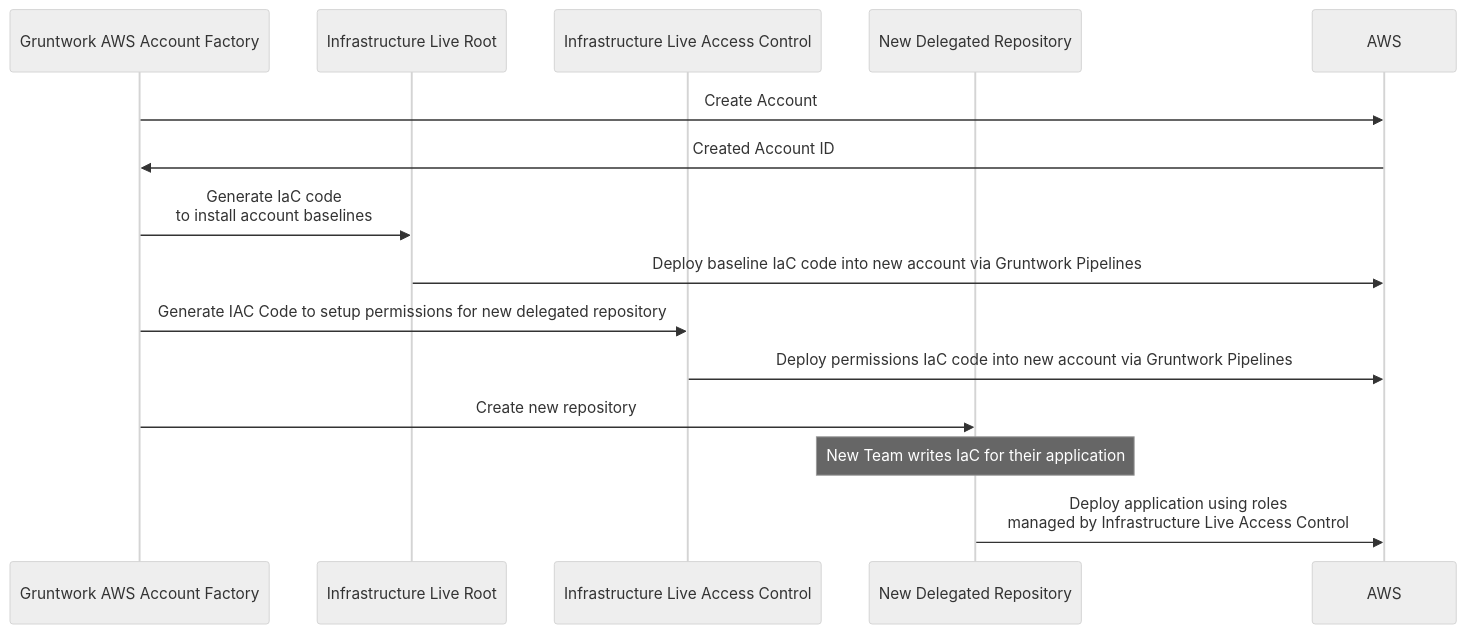
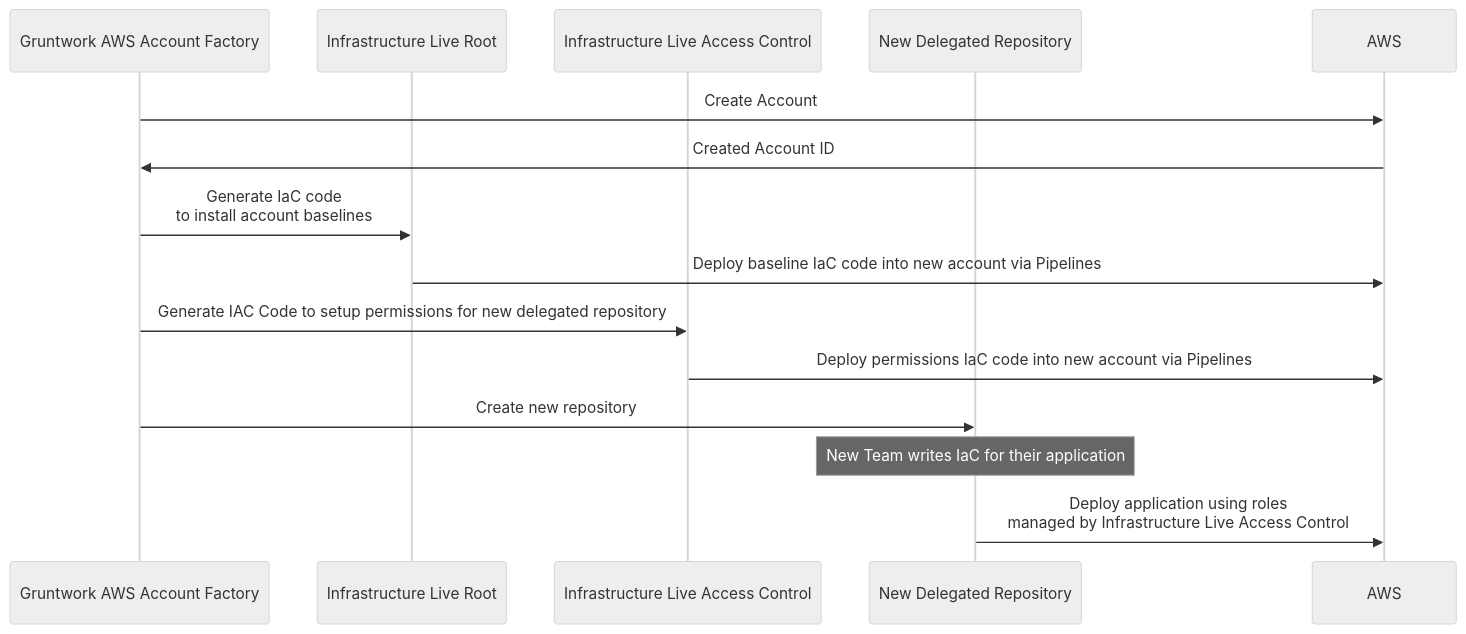
One commit to gruntwork-io/docs changed the diagram in docs/2.0/docs/accountfactory/concepts/delegated-repositories.md. Above: the diagram before and after it, drawn with Mermaid (neutral theme). The commit also changed other lines of this file and 72 other files, not shown here.

````diff
--- a/docs/2.0/docs/accountfactory/concepts/delegated-repositories.md
+++ b/docs/2.0/docs/accountfactory/concepts/delegated-repositories.md
@@ -30,18 +30,18 @@
 ```mermaid
 sequenceDiagram
   participant Gruntwork AWS Account Factory
   participant Infrastructure Live Root
   participant Infrastructure Live Access Control
   participant New Delegated Repository
   participant AWS
   Gruntwork AWS Account Factory->>AWS: Create Account
   AWS->>Gruntwork AWS Account Factory: Created Account ID
   Gruntwork AWS Account Factory->>Infrastructure Live Root: Generate IaC code <br />to install account baselines
-  Infrastructure Live Root->>AWS: Deploy baseline IaC code into new account via Gruntwork Pipelines
+  Infrastructure Live Root->>AWS: Deploy baseline IaC code into new account via Pipelines
   Gruntwork AWS Account Factory->>Infrastructure Live Access Control: Generate IAC Code to setup permissions for new delegated repository
-  Infrastructure Live Access Control->>AWS: Deploy permissions IaC code into new account via Gruntwork Pipelines
+  Infrastructure Live Access Control->>AWS: Deploy permissions IaC code into new account via Pipelines
   Gruntwork AWS Account Factory->>New Delegated Repository: Create new repository
   Note over New Delegated Repository: New Team writes IaC for their application
   New Delegated Repository->>AWS: Deploy application using roles<br /> managed by Infrastructure Live Access Control
 
 ```
````
